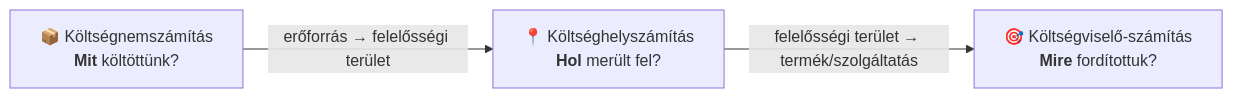
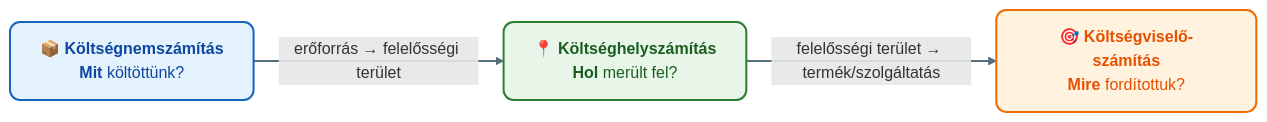
One commit to denespocsik/MM_BSC_Zarovizsga changed the second of 2 diagrams in Tételek/K16-GIXVS2MBLF-Költségszámítás a controllingban.tétel.md. Above: the diagram before and after it, drawn with Mermaid. The commit also changed other lines of this file and 34 other files, not shown here.

First line of the commit message:
style(tételek): egységes vizuális arculat a Mermaid-diagramokhoz

````diff
--- a/Tételek/K16-GIXVS2MBLF-Költségszámítás a controllingban.tétel.md
+++ b/Tételek/K16-GIXVS2MBLF-Költségszámítás a controllingban.tétel.md
@@ -62,9 +73,15 @@
 ```mermaid
 flowchart LR
-    A["📦 Költségnemszámítás<br/><b>Mit</b> költöttünk?"]
-    B["📍 Költséghelyszámítás<br/><b>Hol</b> merült fel?"]
-    C["🎯 Költségviselő-számítás<br/><b>Mire</b> fordítottuk?"]
+    A["📦 <b>Költségnemszámítás</b><br/><b>Mit</b> költöttünk?"]:::kek
+    B["📍 <b>Költséghelyszámítás</b><br/><b>Hol</b> merült fel?"]:::zold
+    C["🎯 <b>Költségviselő-számítás</b><br/><b>Mire</b> fordítottuk?"]:::narancs
 
     A -->|"erőforrás → felelősségi terület"| B
     B -->|"felelősségi terület → termék/szolgáltatás"| C
+
+    classDef kek     fill:#e3f2fd,stroke:#1565c0,stroke-width:2px,color:#0d47a1,rx:10,ry:10;
+    classDef zold    fill:#e8f5e9,stroke:#2e7d32,stroke-width:2px,color:#1b5e20,rx:10,ry:10;
+    classDef narancs fill:#fff3e0,stroke:#ef6c00,stroke-width:2px,color:#e65100,rx:10,ry:10;
+
+    linkStyle default stroke:#546e7a,stroke-width:2px;
 ```
````
